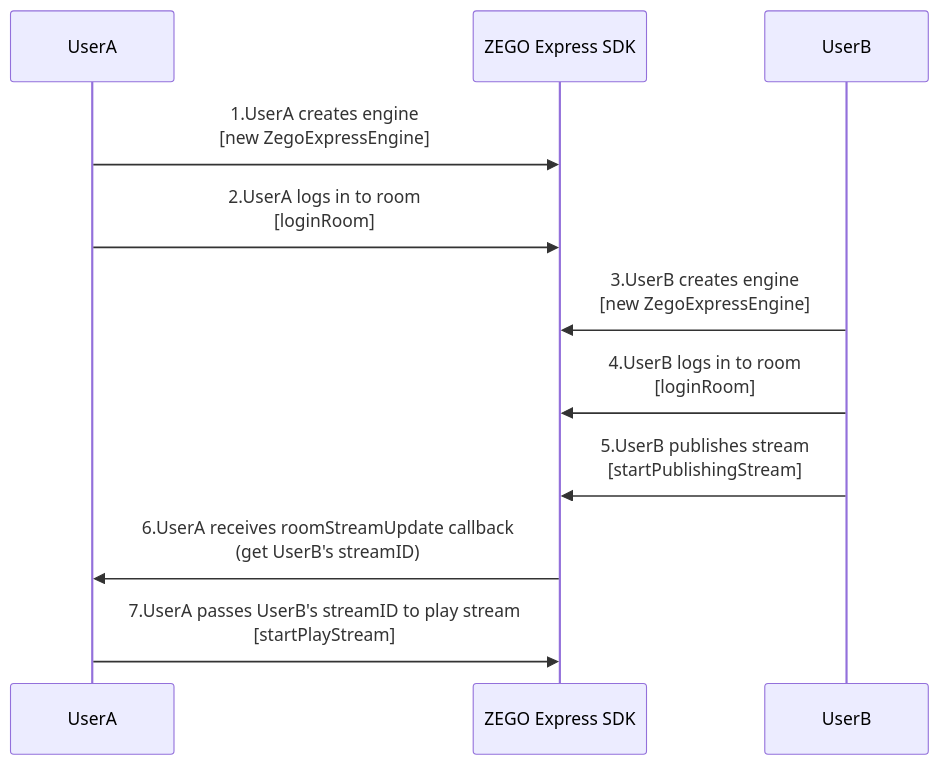
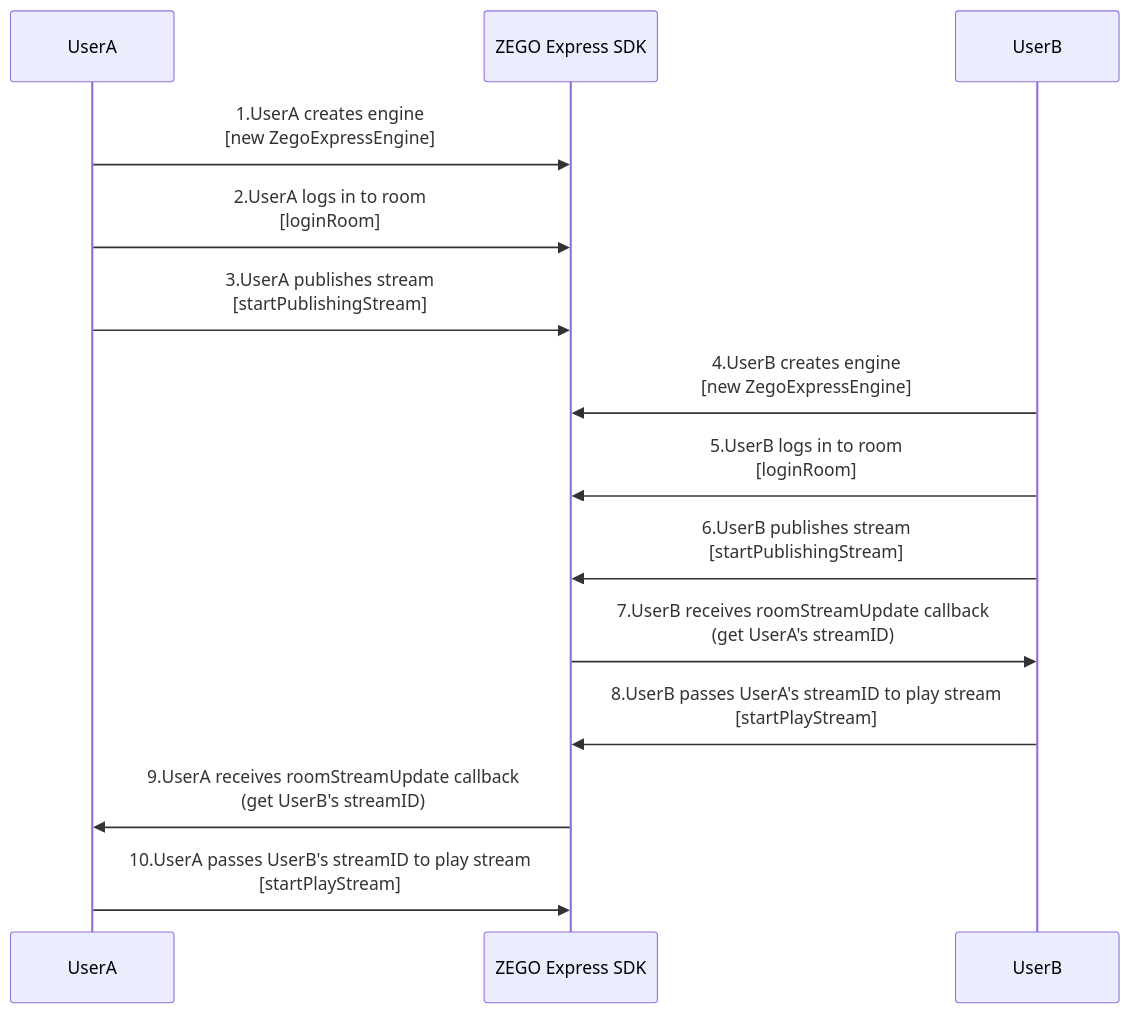
Before and after one commit to ZEGOCLOUD/docs_all: the second of 2 diagrams in core_products/real-time-voice-video/en/web/best-practice/multiplayer-video-call.mdx, drawn with Mermaid. The commit also changed 35 other files, not shown here.

First line of the commit message:
RealTimeVoiceVideo: Update implementation flow diagram to show bidirectional stream

````diff
--- a/core_products/real-time-voice-video/en/web/best-practice/multiplayer-video-call.mdx
+++ b/core_products/real-time-voice-video/en/web/best-practice/multiplayer-video-call.mdx
@@ -82,13 +82,16 @@
 ```mermaid
 sequenceDiagram
     participant UserA
     participant ZEGO Express SDK
     participant UserB
     UserA->>ZEGO Express SDK: 1.UserA creates engine <br/> [new ZegoExpressEngine]
     UserA->>ZEGO Express SDK: 2.UserA logs in to room <br/> [loginRoom]
-    UserB->>ZEGO Express SDK: 3.UserB creates engine <br/> [new ZegoExpressEngine]
-    UserB->>ZEGO Express SDK: 4.UserB logs in to room <br/> [loginRoom]
-    UserB->>ZEGO Express SDK: 5.UserB publishes stream <br/> [startPublishingStream]
-    ZEGO Express SDK->>UserA: 6.UserA receives roomStreamUpdate callback <br/> (get UserB's streamID)
-    UserA->>ZEGO Express SDK: 7.UserA passes UserB's streamID to play stream <br/> [startPlayStream]
+    UserA->>ZEGO Express SDK: 3.UserA publishes stream <br/> [startPublishingStream]
+    UserB->>ZEGO Express SDK: 4.UserB creates engine <br/> [new ZegoExpressEngine]
+    UserB->>ZEGO Express SDK: 5.UserB logs in to room <br/> [loginRoom]
+    UserB->>ZEGO Express SDK: 6.UserB publishes stream <br/> [startPublishingStream]
+    ZEGO Express SDK->>UserB: 7.UserB receives roomStreamUpdate callback <br/> (get UserA's streamID)
+    UserB->>ZEGO Express SDK: 8.UserB passes UserA's streamID to play stream <br/> [startPlayStream]
+    ZEGO Express SDK->>UserA: 9.UserA receives roomStreamUpdate callback <br/> (get UserB's streamID)
+    UserA->>ZEGO Express SDK: 10.UserA passes UserB's streamID to play stream <br/> [startPlayStream]
 ```
````
